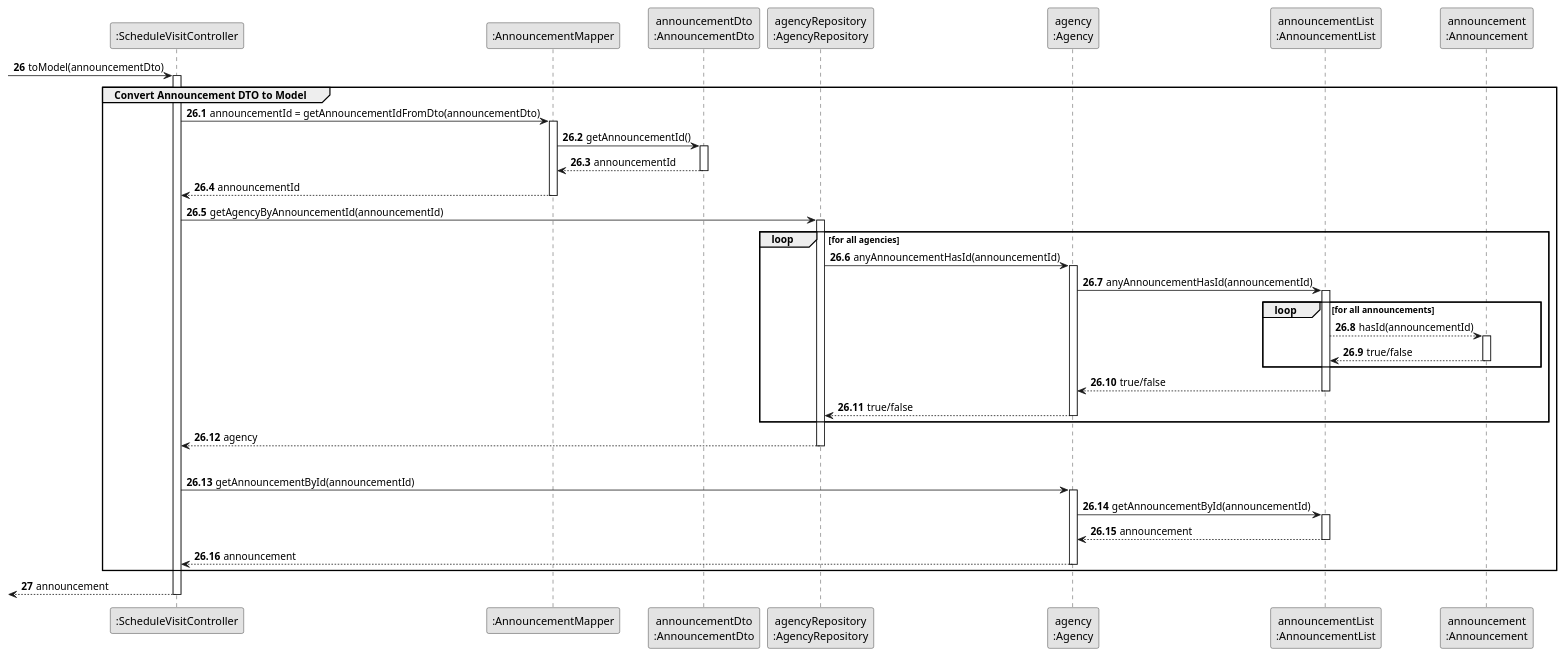
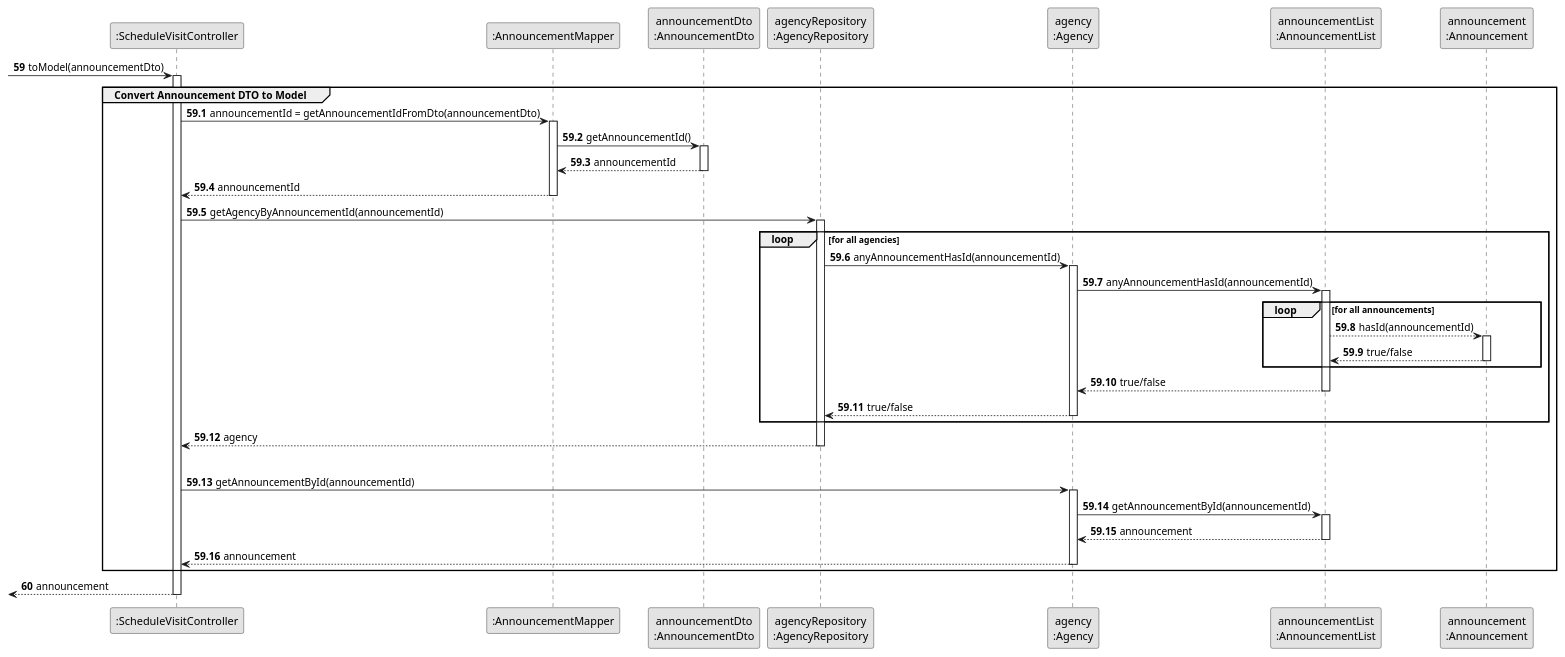
One commit to rita-barbosa/LAPR2-2223 changed the diagram in docs/sprintD/us009/03.design/puml/us009-sequence-diagram-partial-convert-announcement-DTO-to-Model.puml. Above: the diagram before and after it, drawn with PlantUML. The commit also changed 20 other files, not shown here.

```diff
--- a/docs/sprintD/us009/03.design/puml/us009-sequence-diagram-partial-convert-announcement-DTO-to-Model.puml
+++ b/docs/sprintD/us009/03.design/puml/us009-sequence-diagram-partial-convert-announcement-DTO-to-Model.puml
@@ -1,94 +1,94 @@
 @startuml
 skinparam monochrome true
 skinparam packageStyle rectangle
 skinparam shadowing false
 
 
 participant ":ScheduleVisitController" as CTRL
 participant ":AnnouncementMapper" as MAPPER
 participant "announcementDto\n:AnnouncementDto" as ANCDTO
 participant "agencyRepository\n:AgencyRepository" as AgencyRepository
 participant "agency\n:Agency" as AGC
 participant "announcementList\n:AnnouncementList" as LISTCLASS
 participant "announcement\n:Announcement" as ANNOUNCE
 
 
-autonumber 26
+autonumber 59
 
  -> CTRL : toModel(announcementDto)
 
 activate CTRL
 
-    autonumber 26.1
+    autonumber 59.1
 
     group Convert Announcement DTO to Model
 
         CTRL -> MAPPER : announcementId = getAnnouncementIdFromDto(announcementDto)
         activate MAPPER
 
         MAPPER -> ANCDTO : getAnnouncementId()
         activate ANCDTO
 
             ANCDTO --> MAPPER : announcementId
         deactivate ANCDTO
 
             MAPPER --> CTRL : announcementId
         deactivate MAPPER
 
 
         CTRL -> AgencyRepository : getAgencyByAnnouncementId(announcementId)
          activate AgencyRepository
 
             loop for all agencies
 
                 AgencyRepository -> AGC : anyAnnouncementHasId(announcementId)
                 activate AGC
 
                     AGC -> LISTCLASS : anyAnnouncementHasId(announcementId)
 
                     loop for all announcements
 
                         activate LISTCLASS
 
                         LISTCLASS --> ANNOUNCE : hasId(announcementId)
 
                         activate ANNOUNCE
 
                             ANNOUNCE --> LISTCLASS : true/false
                         deactivate ANNOUNCE
 
                     end loop
 
                 LISTCLASS --> AGC : true/false
                 deactivate LISTCLASS
 
             AGC --> AgencyRepository : true/false
             deactivate AGC
 
         end loop
 
         AgencyRepository --> CTRL : agency
         deactivate AgencyRepository
 |||
 
         CTRL -> AGC : getAnnouncementById(announcementId)
         activate AGC
 
         AGC -> LISTCLASS : getAnnouncementById(announcementId)
         activate LISTCLASS
 
             LISTCLASS --> AGC : announcement
         deactivate LISTCLASS
 
             AGC --> CTRL : announcement
         deactivate AGC
 
 
     end group
 
-    autonumber 27
+    autonumber 60
 
     <-- CTRL  : announcement
 deactivate CTRL
 
 @enduml
```
